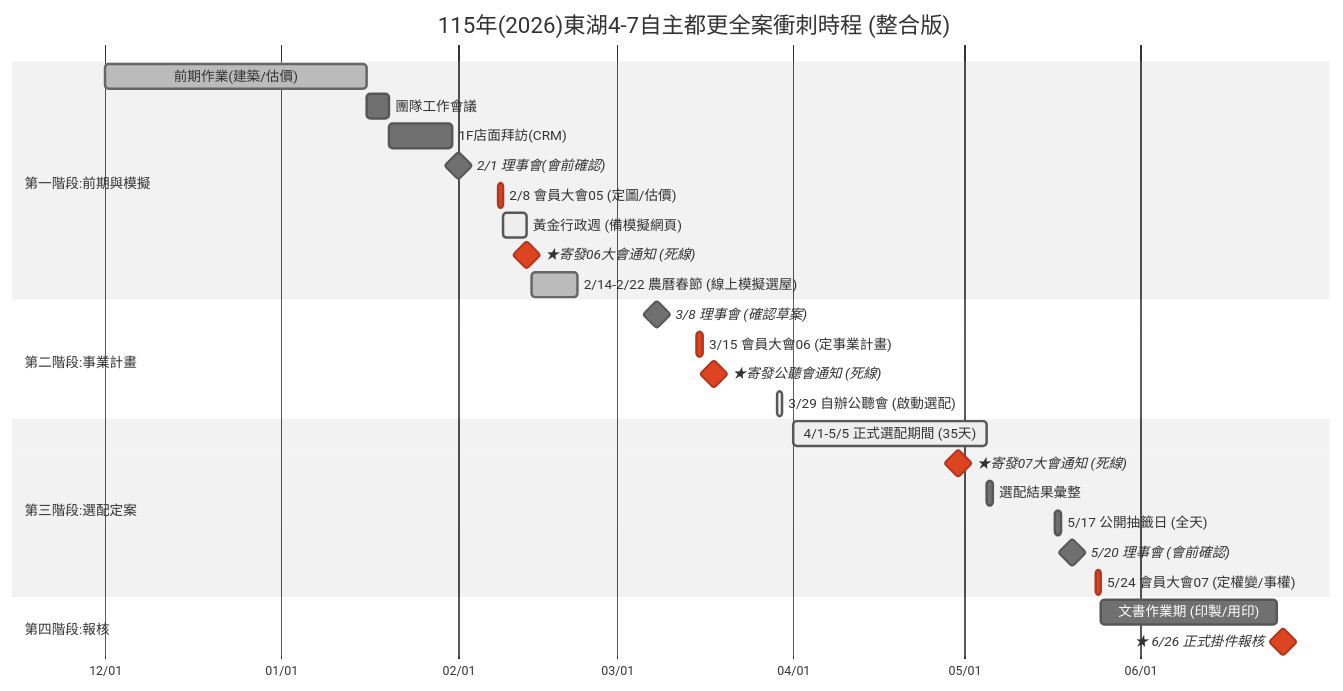
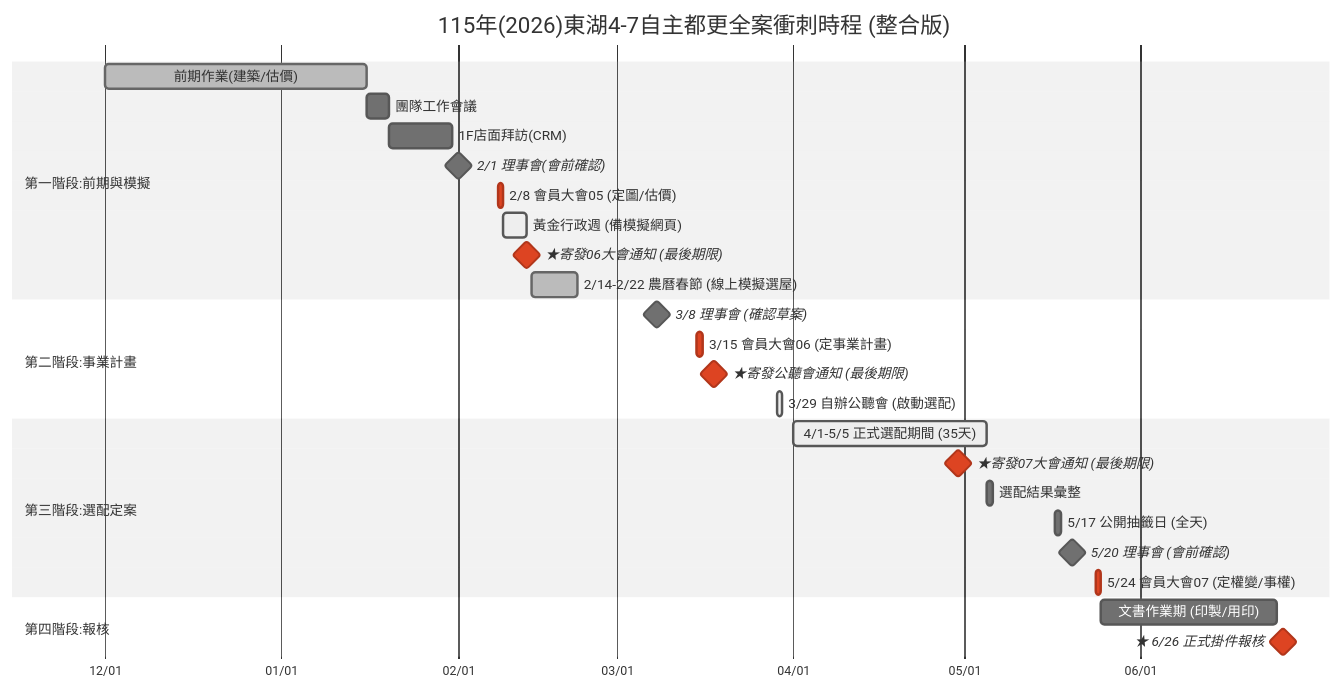
One commit to xa0627-sys/urbanrenewal_PCM changed the diagram in gantt.md. Above: the diagram before and after it, drawn with Mermaid (neutral theme).

Commit message:
Update deadline descriptions in gantt.md

````diff
--- a/gantt.md
+++ b/gantt.md
@@ -3,35 +3,35 @@
 ```mermaid
 gantt
     title 115年(2026)東湖4-7自主都更全案衝刺時程 (整合版)
     dateFormat  YYYY-MM-DD
     axisFormat  %m/%d
     todayMarker off
 
     section 第一階段:前期與模擬
     前期作業(建築/估價)       :done, a0, 2025-12-01, 2026-01-16
     團隊工作會議             :a1, 2026-01-16, 2026-01-20
     1F店面拜訪(CRM)          :a2, 2026-01-20, 2026-01-31
     2/1 理事會(會前確認)         :milestone, 2026-02-01, 0d
     2/8 會員大會05 (定圖/估價)    :crit, m1, 2026-02-08, 1d
     黃金行政週 (備模擬網頁)   :active, a3, 2026-02-09, 4d
-    ★寄發06大會通知 (死線)    :crit, milestone, 2026-02-13, 0d
+    ★寄發06大會通知 (最後期限)    :crit, milestone, 2026-02-13, 0d
     2/14-2/22 農曆春節 (線上模擬選屋)   :done, a4, 2026-02-14, 2026-02-22
 
     section 第二階段:事業計畫
     3/8 理事會 (確認草案)        :milestone, 2026-03-08, 0d
     3/15 會員大會06 (定事業計畫)   :crit, m2, 2026-03-15, 1d
-    ★寄發公聽會通知 (死線)    :crit, milestone, 2026-03-18, 0d
+    ★寄發公聽會通知 (最後期限)    :crit, milestone, 2026-03-18, 0d
     3/29 自辦公聽會 (啟動選配)     :active, m3, 2026-03-29, 1d
 
     section 第三階段:選配定案
     4/1-5/5 正式選配期間 (35天)      :active, s1, 2026-04-01, 2026-05-05
-    ★寄發07大會通知 (死線)    :crit, milestone, 2026-04-30, 0d
+    ★寄發07大會通知 (最後期限)    :crit, milestone, 2026-04-30, 0d
     選配結果彙整             :2026-05-05, 1d
     5/17 公開抽籤日 (全天)        :m4, 2026-05-17, 1d
     5/20 理事會 (會前確認)        :milestone, 2026-05-20, 0d
     5/24 會員大會07 (定權變/事權)  :crit, m5, 2026-05-24, 1d
 
     section 第四階段:報核
     文書作業期 (印製/用印)    :w1, 2026-05-25, 2026-06-25
     ★ 6/26 正式掛件報核            :crit, milestone, 2026-06-26, 0d
 ```
````
